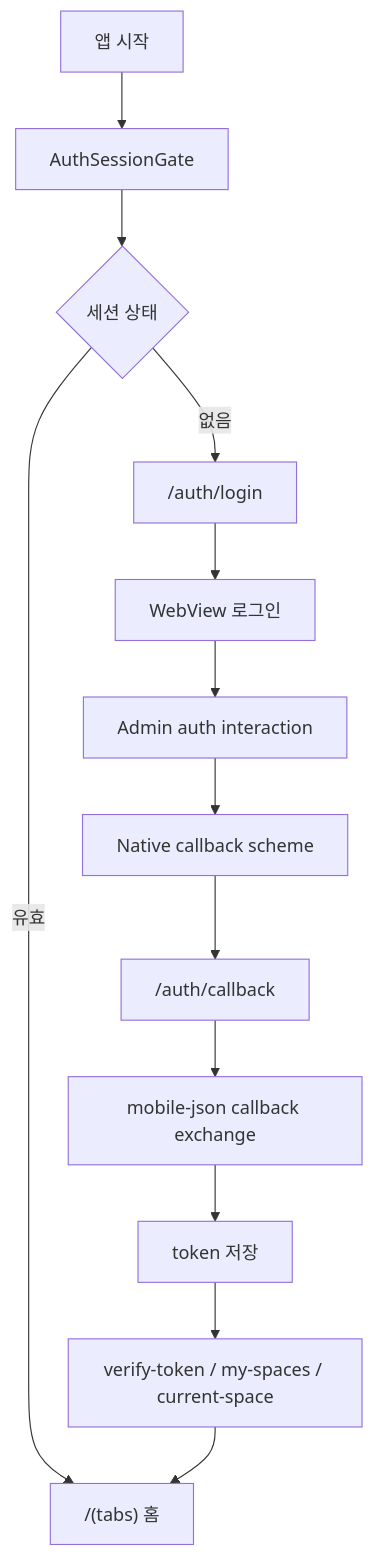
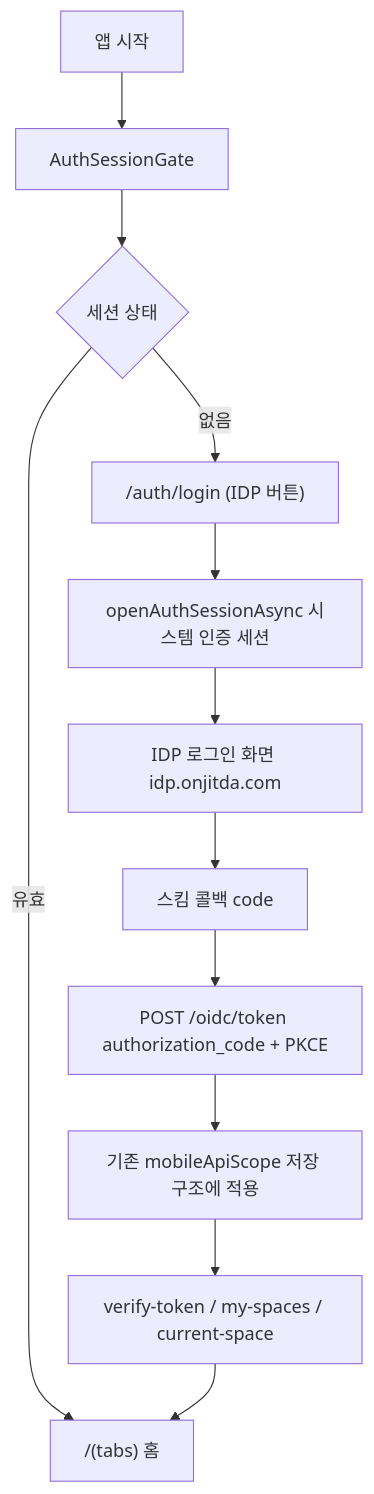
The diagram in docs/mobile-oidc-flow.guide.md (kimjoongwon/prj-core), drawn with Mermaid before and after one commit. The commit also changed other lines of this file and 12 other files, not shown here.

First line of the commit message:
feat: 전 로그인 경로의 IDP(OIDC) 전환

````diff
--- a/docs/mobile-oidc-flow.guide.md
+++ b/docs/mobile-oidc-flow.guide.md
@@ -10,15 +13,14 @@
 ```mermaid
 flowchart TD
   Start["앱 시작"] --> Gate["AuthSessionGate"]
   Gate --> Status{"세션 상태"}
   Status -->|유효| Home["/(tabs) 홈"]
-  Status -->|없음| Login["/auth/login"]
-  Login --> WebView["WebView 로그인"]
-  WebView --> Interaction["Admin auth interaction"]
-  Interaction --> NativeCallback["Native callback scheme"]
-  NativeCallback --> CallbackRoute["/auth/callback"]
-  CallbackRoute --> Exchange["mobile-json callback exchange"]
-  Exchange --> Scope["token 저장"]
+  Status -->|없음| Login["/auth/login (IDP 버튼)"]
+  Login --> Sheet["openAuthSessionAsync 시스템 인증 세션"]
+  Sheet --> IdpWeb["IDP 로그인 화면 idp.onjitda.com"]
+  IdpWeb --> Scheme["스킴 콜백 code"]
+  Scheme --> Exchange["POST /oidc/token authorization_code + PKCE"]
+  Exchange --> Scope["기존 mobileApiScope 저장 구조에 적용"]
   Scope --> Verify["verify-token / my-spaces / current-space"]
   Verify --> Home
 ```
````
